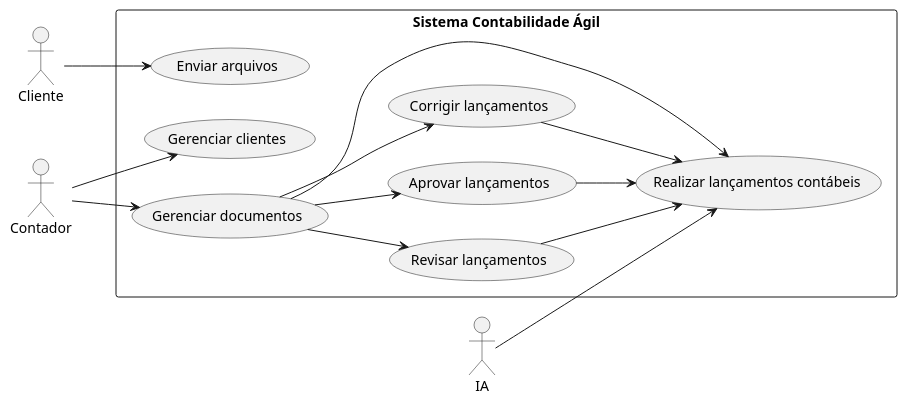
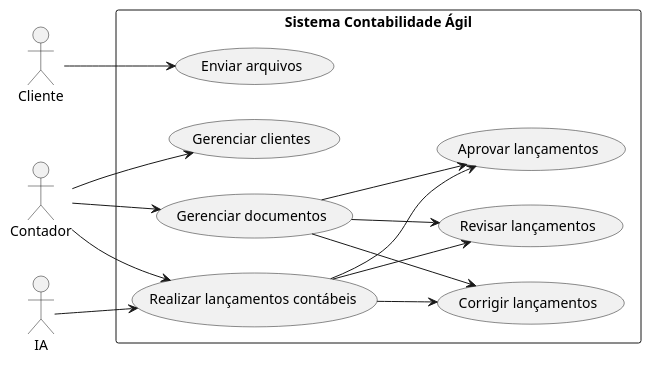
The diagram in Docs/arquitetura.puml (MGS-BR/eng-softII-2026), drawn with PlantUML before and after one commit.

Commit message:
Refactor relationships in arquitetura.puml

```diff
--- a/Docs/arquitetura.puml
+++ b/Docs/arquitetura.puml
@@ -1,34 +1,34 @@
 @startuml
 left to right direction
 skinparam packageStyle rectangle
 
 actor Cliente
 actor Contador
 actor IA
 
 rectangle "Sistema Contabilidade Ágil" {
 
   (Enviar arquivos) as Upload
   (Gerenciar clientes) as Clientes
   (Gerenciar documentos) as ManageDocs
   (Revisar lançamentos) as Review
   (Aprovar lançamentos) as Aprove
   (Corrigir lançamentos) as toCorrect
   (Realizar lançamentos contábeis) as Lançamentos
 }
 
 Cliente --> Upload
 Contador --> Clientes
 Contador --> ManageDocs
+Contador --> Lançamentos
 IA --> Lançamentos
 
 ManageDocs --> Review
 ManageDocs --> Aprove
 ManageDocs --> toCorrect
 
-ManageDocs --> Lançamentos
-Review --> Lançamentos
-Aprove --> Lançamentos
-toCorrect --> Lançamentos
+Lançamentos --> Review
+Lançamentos --> Aprove
+Lançamentos --> toCorrect
 
 @enduml
```
